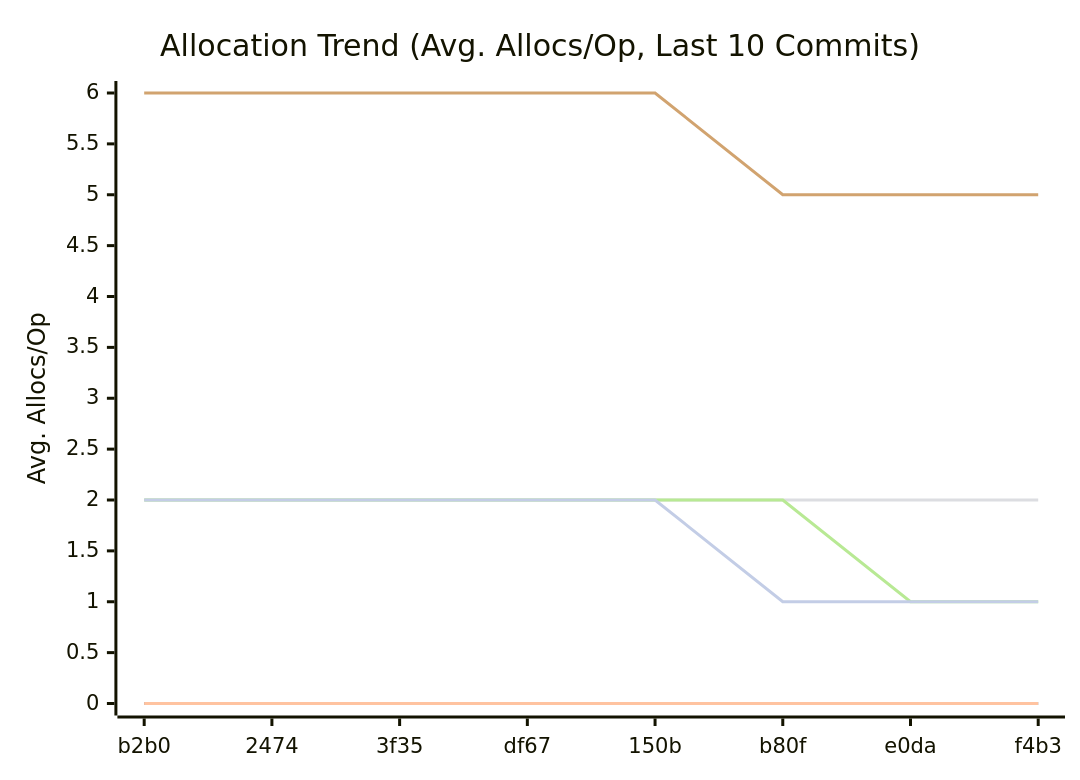
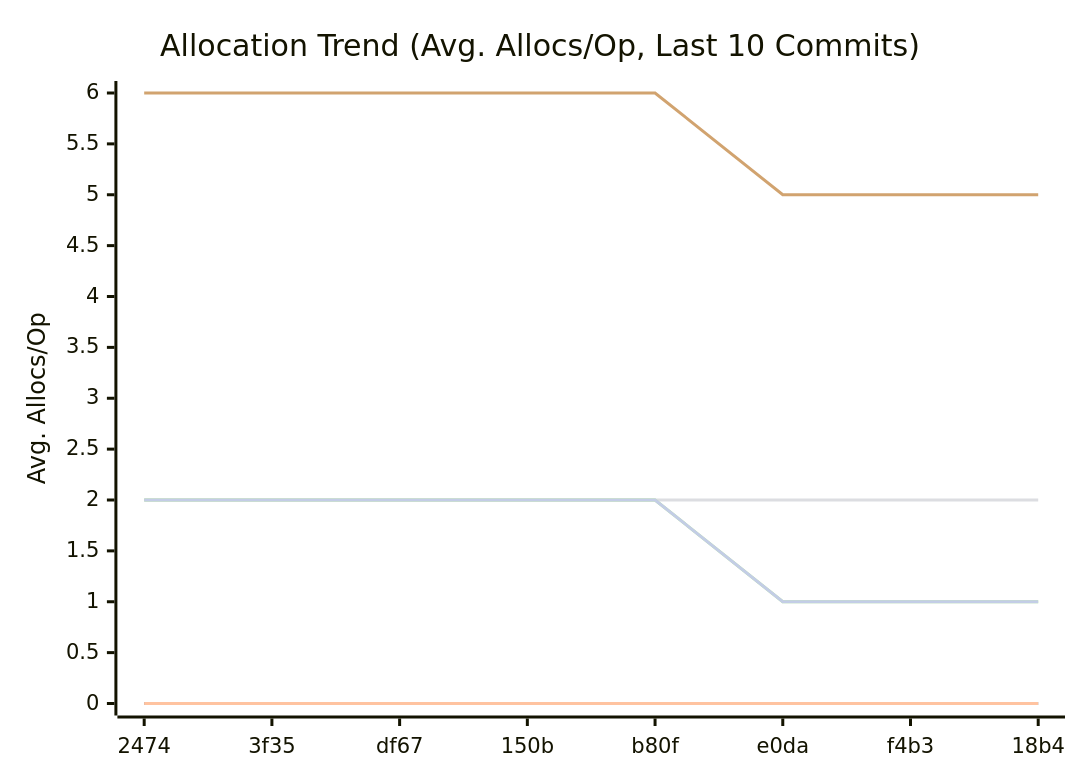
One commit to alsotoes/momo changed the third of 3 diagrams in docs/README.md. Above: the diagram before and after it, drawn with Mermaid. The commit also changed other lines of this file and 1 other file, not shown here.

````diff
--- a/docs/README.md
+++ b/docs/README.md
@@ -183,14 +183,14 @@
 ```mermaid
 xychart-beta
     title "Allocation Trend (Avg. Allocs/Op, Last 10 Commits)"
     x-axis "Commit"
     y-axis "Avg. Allocs/Op"
-    x-axis [b2b0,2474,3f35,df67,150b,b80f,e0da,f4b3]
+    x-axis [2474,3f35,df67,150b,b80f,e0da,f4b3,18b4]
     line "CheckMetricsAndSwap" [0,0,0,0,0,0,0,0,0,0]
     line "IndexDirectTracking" [0,0,0,0,0,0,0,0,0,0]
     line "IndexSearch" [0,0,0,0,0,0,0,0,0,0]
-    line "LoadGlobalConfig" [2,2,2,2,2,2,2,2,2,1]
-    line "PadString" [2,2,2,2,2,2,1,1,1,0]
+    line "LoadGlobalConfig" [2,2,2,2,2,2,2,2,1,1]
+    line "PadString" [2,2,2,2,2,1,1,1,0,0]
     line "ParseReplicationOrder_NoPrealloc" [6,6,6,6,6,5,5,5,5,5]
     line "ParseReplicationOrder_Prealloc" [2,2,2,2,2,1,1,1,1,1]
 ```
````
